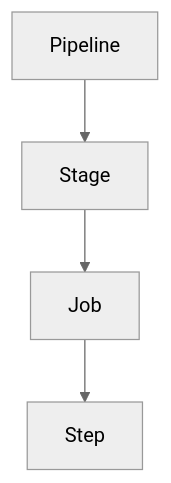
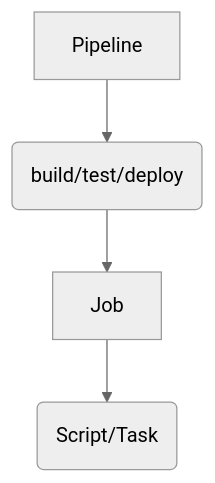
The diagram in azdevops/azdevops.md (dejanu/az104), drawn with Mermaid (neutral theme) before and after one commit. The commit also changed other lines of this file, not shown here.

Commit message:
update mermaid

````diff
--- a/azdevops/azdevops.md
+++ b/azdevops/azdevops.md
@@ -6,5 +6,4 @@
 ```mermaid
  graph TD;
-      Pipeline-->Stage-->Job-->Step;
-
+      Pipeline-->Stage(build/test/deploy)-->Job-->Step(Script/Task);
 ```
````
